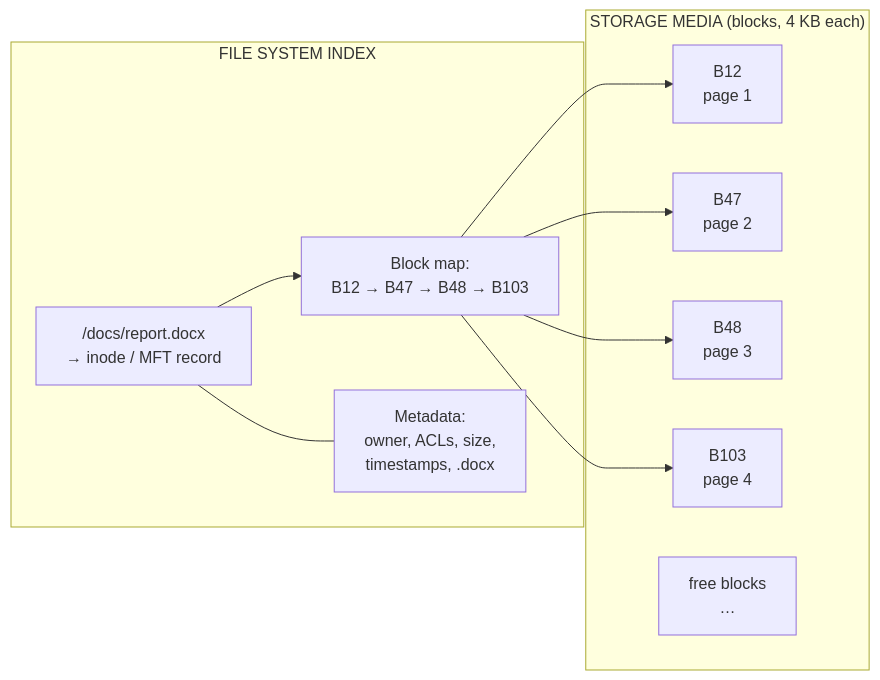
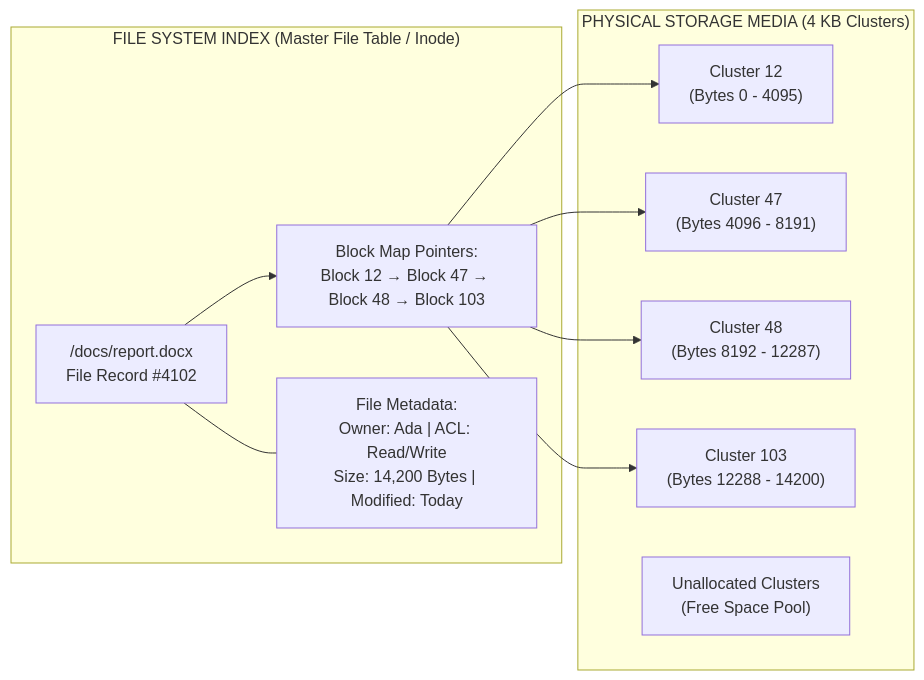
The first of 2 diagrams in content/docs/computer-basics/it-support/13-file-systems-storage-mgmt.mdx (1345AbhishekKumar/cs-cookbook), drawn with Mermaid before and after one commit. The commit also changed other lines of this file and 299 other files, not shown here.

````diff
--- a/content/docs/computer-basics/it-support/13-file-systems-storage-mgmt.mdx
+++ b/content/docs/computer-basics/it-support/13-file-systems-storage-mgmt.mdx
@@ -94,20 +79,23 @@
 ```mermaid
 flowchart LR
-    subgraph FS["FILE SYSTEM INDEX"]
-        DIR["/docs/report.docx<br/>→ inode / MFT record"]
-        MAP["Block map:<br/>B12 → B47 → B48 → B103"]
-        META["Metadata:<br/>owner, ACLs, size,<br/>timestamps, .docx"]
+    subgraph FS["FILE SYSTEM INDEX (Master File Table / Inode)"]
+        DIR["/docs/report.docx<br/>File Record #4102"]
+        MAP["Block Map Pointers:<br/>Block 12 → Block 47 → Block 48 → Block 103"]
+        META["File Metadata:<br/>Owner: Ada | ACL: Read/Write<br/>Size: 14,200 Bytes | Modified: Today"]
     end
-    subgraph DISK["STORAGE MEDIA (blocks, 4 KB each)"]
-        B12["B12<br/>page 1"]
-        B47["B47<br/>page 2"]
-        B48["B48<br/>page 3"]
-        B103["B103<br/>page 4"]
-        FREE["free blocks<br/>…"]
+
+    subgraph DISK["PHYSICAL STORAGE MEDIA (4 KB Clusters)"]
+        B12["Cluster 12<br/>(Bytes 0 - 4095)"]
+        B47["Cluster 47<br/>(Bytes 4096 - 8191)"]
+        B48["Cluster 48<br/>(Bytes 8192 - 12287)"]
+        B103["Cluster 103<br/>(Bytes 12288 - 14200)"]
+        FREE["Unallocated Clusters<br/>(Free Space Pool)"]
     end
-    DIR --> MAP --> B12
+
+    DIR --> MAP
+    MAP --> B12
     MAP --> B47
     MAP --> B48
     MAP --> B103
     DIR --- META
 ```
````
